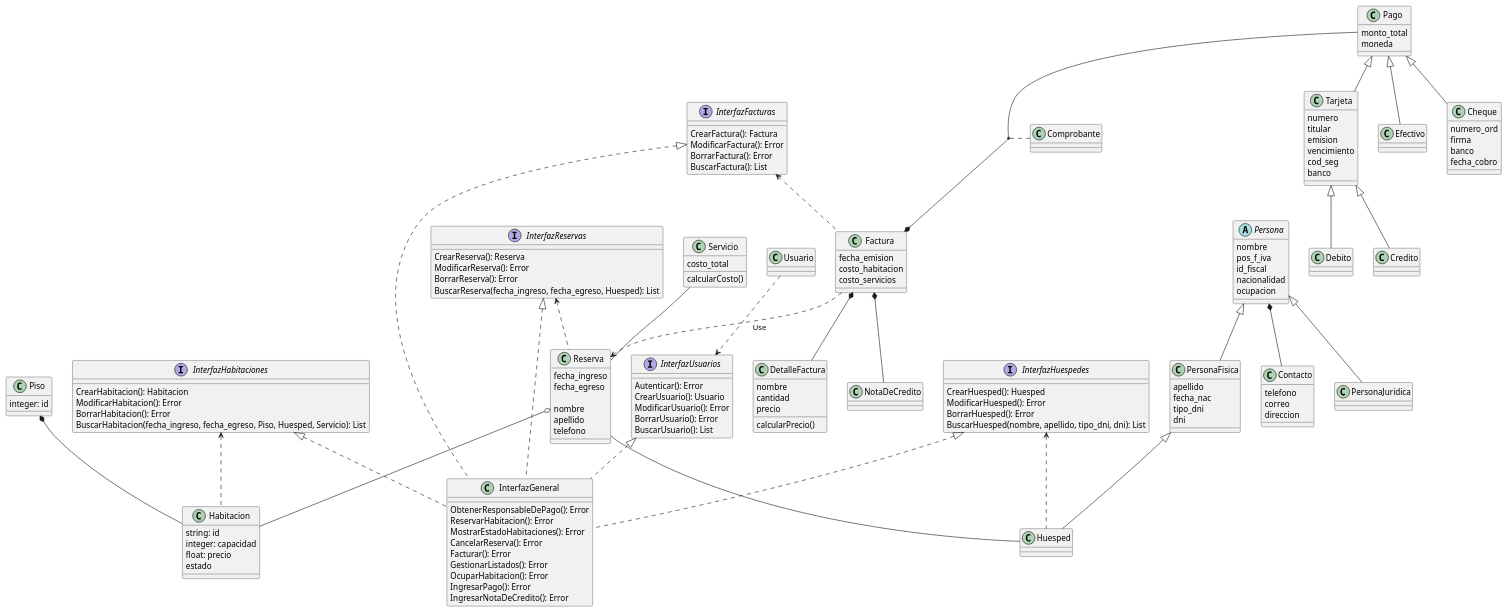
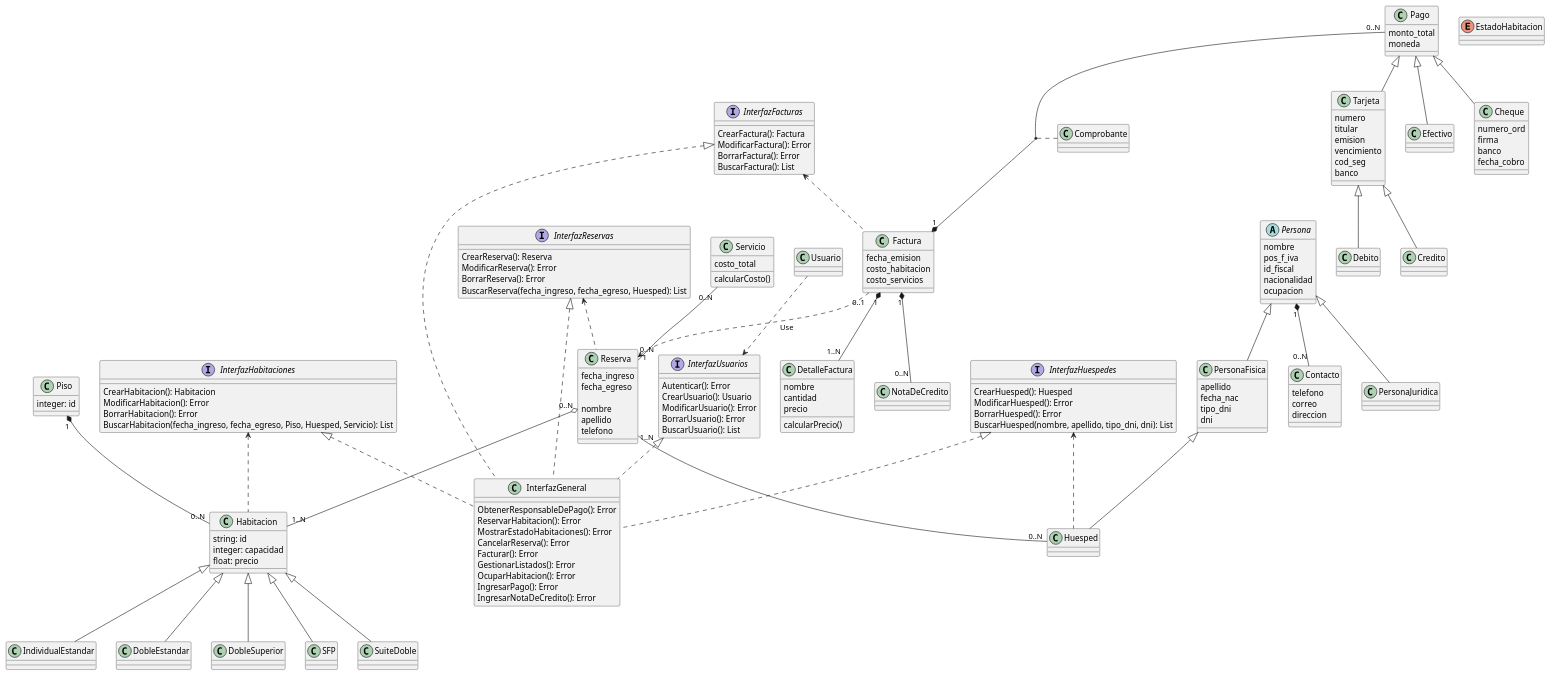
Before and after one commit to warps0/Hotel-Premier: the diagram in Diagrama de clases 30-5-25.puml, drawn with PlantUML.

Commit message:
Diagrama para entregar
Entrega etapa 2

```diff
--- a/Diagrama de clases 30-5-25.puml
+++ b/Diagrama de clases 30-5-25.puml
@@ -4,8 +4,30 @@
   string: id
   integer: capacidad
   float: precio
-  estado 
-  'HAY QUE HACER UN ENUM'
+}
+
+enum EstadoHabitacion {
+
+}
+
+class IndividualEstandar {
+
+}
+
+class DobleEstandar {
+
+}
+
+class DobleSuperior {
+
+}
+
+class SFP {
+
+}
+
+class SuiteDoble {
+
 }
 
 class Piso{
@@ -160,13 +182,13 @@
   BuscarFactura(): List
 }
 
-Piso *-- Habitacion
-Reserva -- Huesped
-Reserva o-- Habitacion
-Servicio -- Reserva
-Factura ..> Reserva : Use
-Factura *-- DetalleFactura
-Pago --* Factura  
+Piso "1" *-- "0..N" Habitacion
+Reserva "1..N" -- "0..N" Huesped
+Reserva "0..N" o-- "1..N" Habitacion
+Servicio "0..N" -- "0..N" Reserva
+Factura "0..1" ..> "1" Reserva : Use
+Factura "1" *-- "1..N" DetalleFactura
+Pago "0..N" --* "1" Factura  
 (Pago, Factura) .. Comprobante
 
 class Comprobante{
@@ -176,12 +198,12 @@
 Pago <|-- Tarjeta
 Pago <|-- Efectivo
 Pago <|-- Cheque
-Factura *-- NotaDeCredito
+Factura "1" *-- "0..N" NotaDeCredito
 Tarjeta <|-- Debito
 Tarjeta <|-- Credito
 Persona <|-- PersonaJuridica
 Persona <|-- PersonaFisica
-Persona *-- Contacto
+Persona "1" *-- "0..N" Contacto
 PersonaFisica <|-- Huesped
 
 InterfazHabitaciones <.. Habitacion
@@ -196,4 +218,10 @@
 InterfazUsuarios <|.. InterfazGeneral
 Usuario ..> InterfazUsuarios
 
+Habitacion <|-- IndividualEstandar
+Habitacion <|-- DobleEstandar
+Habitacion <|-- DobleSuperior
+Habitacion <|-- SFP
+Habitacion <|-- SuiteDoble
+
 @enduml
```
